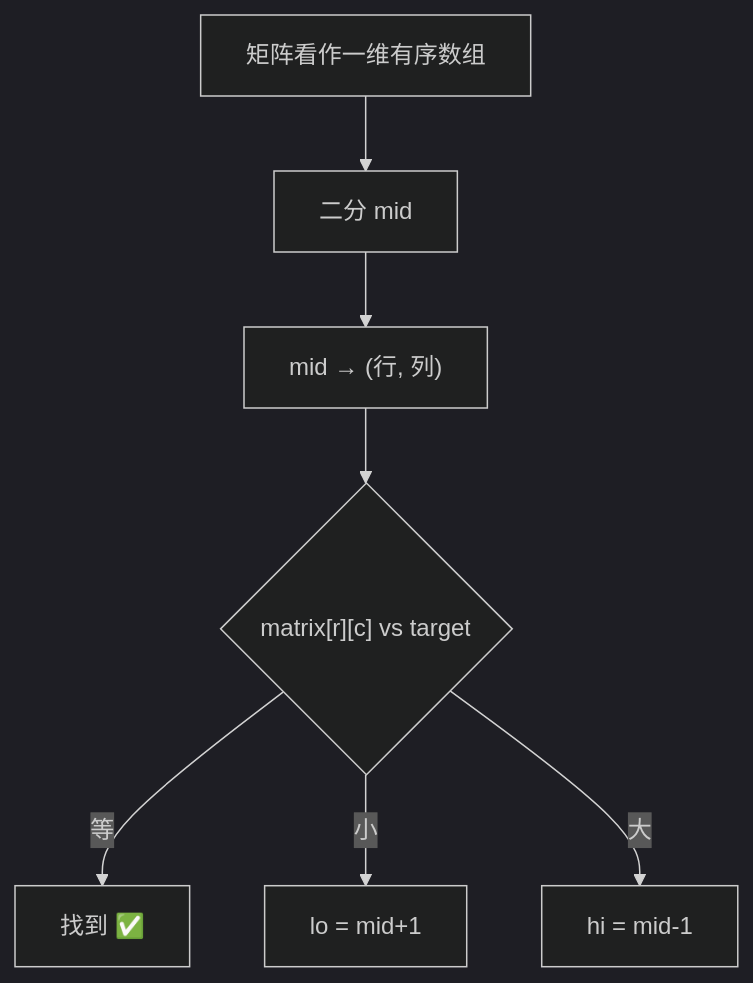
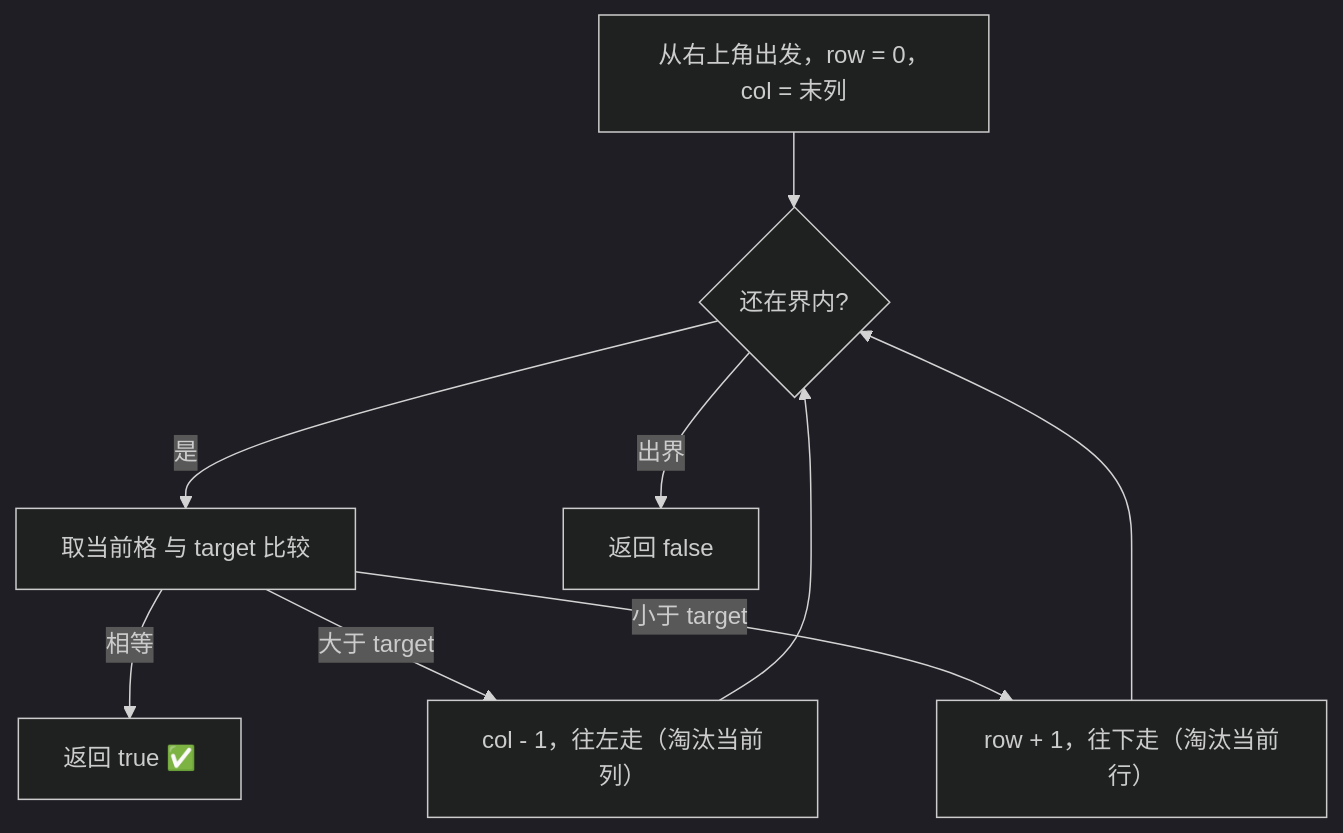
The first of 2 diagrams in 12-二分查找/0074-搜索二维矩阵.md (OctalZero/hot100-py), drawn with Mermaid (dark theme) before and after one commit. The commit also changed other lines of this file and 117 other files, not shown here.

First line of the commit message:
feat: 全题解配图升级为「动画式 mermaid」（总览骨架 + 横向时间线逐步推演）

````diff
--- a/12-二分查找/0074-搜索二维矩阵.md
+++ b/12-二分查找/0074-搜索二维矩阵.md
@@ -24,9 +24,11 @@
 ```mermaid
 flowchart TD
-    A["矩阵看作一维有序数组"] --> B["二分 mid"]
-    B --> C["mid → (行, 列)"]
-    C --> D{"matrix[r][c] vs target"}
-    D -- "等" --> E["找到 ✅"]
-    D -- "小" --> F["lo = mid+1"]
-    D -- "大" --> G["hi = mid-1"]
+    A["从右上角出发，row = 0，col = 末列"] --> B{"还在界内?"}
+    B -->|"是"| C["取当前格 与 target 比较"]
+    C -->|"相等"| R["返回 true ✅"]
+    C -->|"大于 target"| D["col - 1，往左走（淘汰当前列）"]
+    C -->|"小于 target"| E["row + 1，往下走（淘汰当前行）"]
+    D --> B
+    E --> B
+    B -->|"出界"| S["返回 false"]
 ```
````
